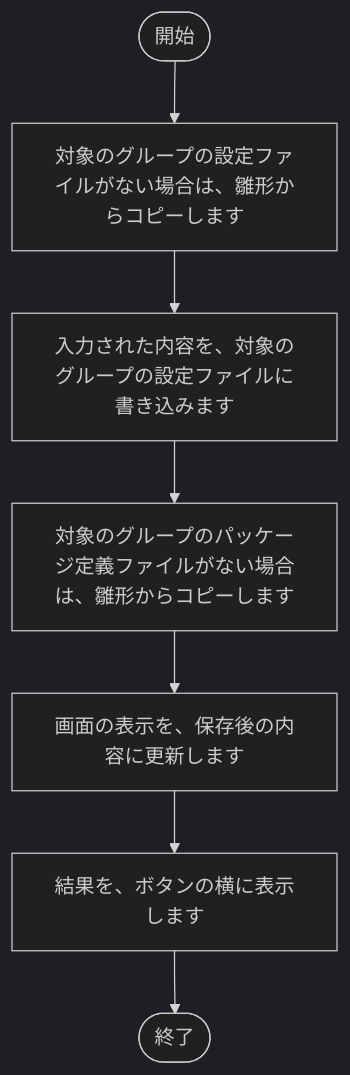
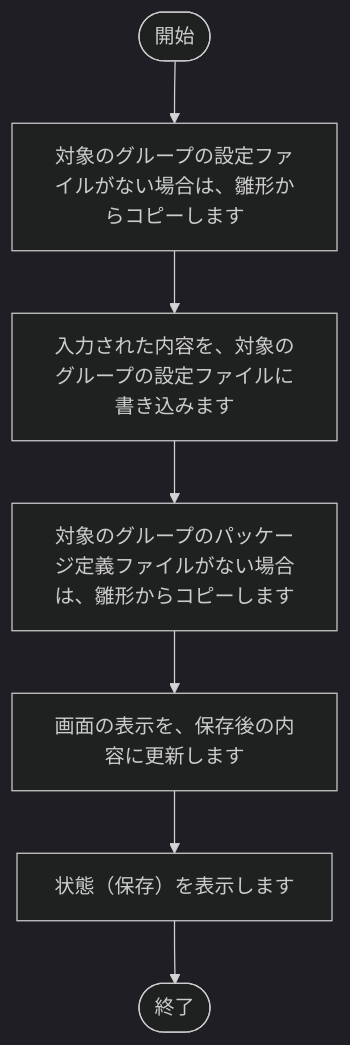
The ninth of 13 diagrams in tool/package-generator/doc/02_設計/処理フロー.md (nishida2073/project_management), drawn with Mermaid (dark theme) before and after one commit. The commit also changed other lines of this file and 81 other files, not shown here.

````diff
--- a/tool/package-generator/doc/02_設計/処理フロー.md
+++ b/tool/package-generator/doc/02_設計/処理フロー.md
@@ -247,16 +271,16 @@
 ```mermaid
 flowchart TD
     S(["開始"])
     E(["終了"])
     N1["対象のグループの設定ファイルがない場合は、雛形からコピーします"]
     S --> N1
     N2["入力された内容を、対象のグループの設定ファイルに書き込みます"]
     N1 --> N2
     N3["対象のグループのパッケージ定義ファイルがない場合は、雛形からコピーします"]
     N2 --> N3
     N4["画面の表示を、保存後の内容に更新します"]
     N3 --> N4
-    N5["結果を、ボタンの横に表示します"]
+    N5["状態（保存）を表示します"]
     N4 --> N5
     N5 --> E
 ```
````
